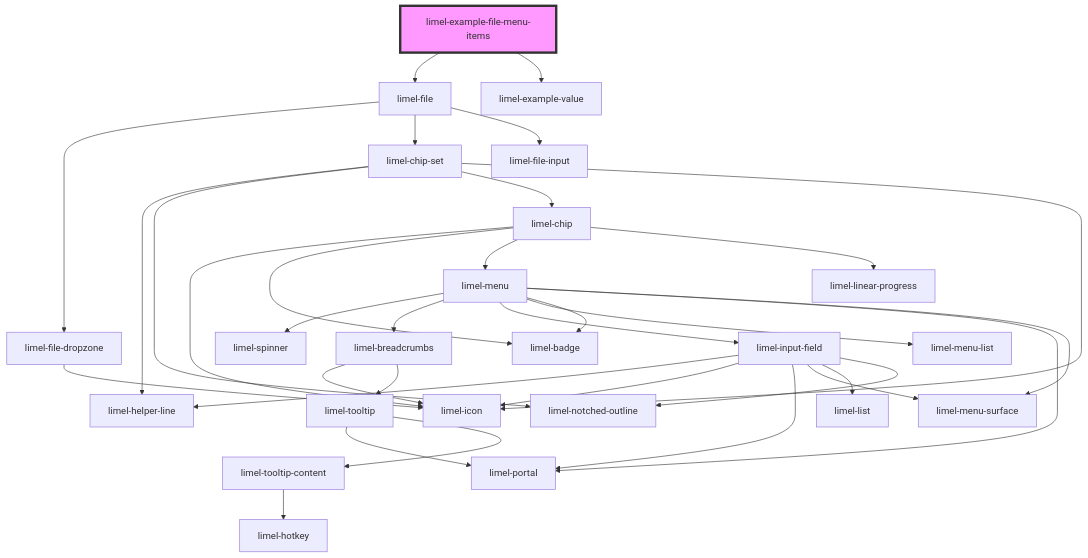
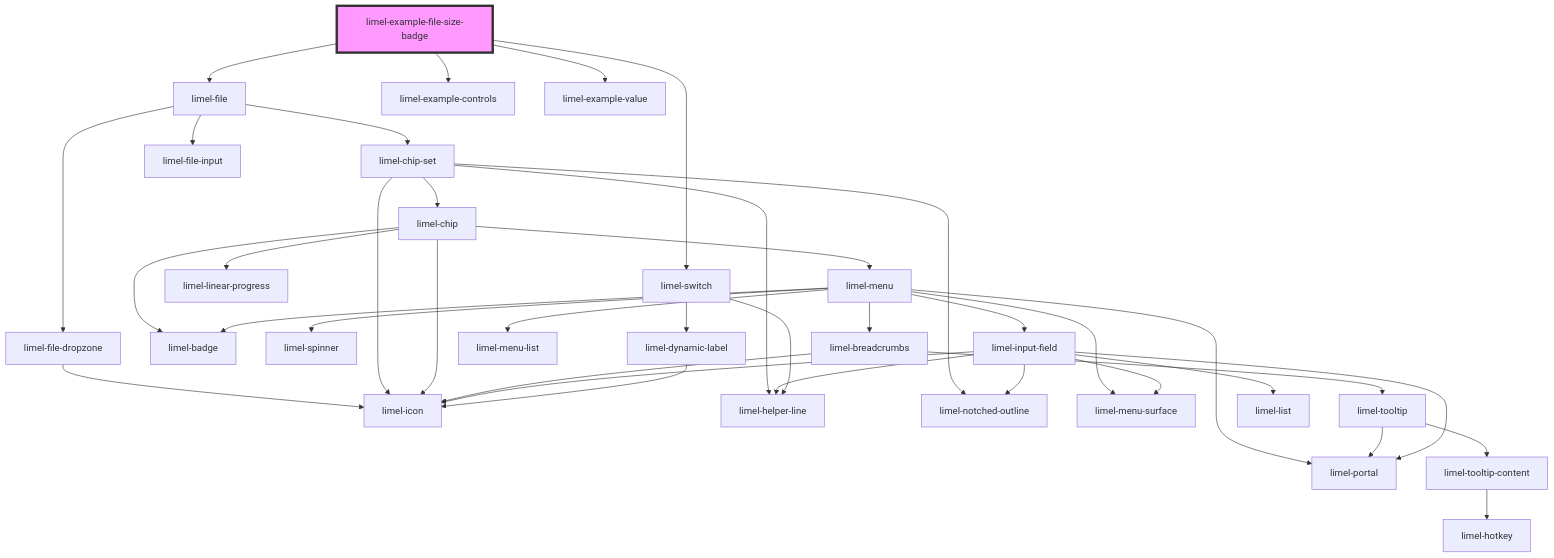
The diagram in versions/PR-4147/markdown-docs/components/file/examples/readme.md (Lundalogik/lime-elements), drawn with Mermaid before and after one commit. The commit also changed other lines of this file and 350 other files, not shown here.

````diff
--- a/versions/PR-4147/markdown-docs/components/file/examples/readme.md
+++ b/versions/PR-4147/markdown-docs/components/file/examples/readme.md
@@ -19,36 +26,41 @@
 ```mermaid
 graph TD;
-  limel-example-file-menu-items --> limel-file
-  limel-example-file-menu-items --> limel-example-value
+  limel-example-file-size-badge --> limel-file
+  limel-example-file-size-badge --> limel-example-controls
+  limel-example-file-size-badge --> limel-switch
+  limel-example-file-size-badge --> limel-example-value
   limel-file --> limel-file-dropzone
   limel-file --> limel-chip-set
   limel-file --> limel-file-input
   limel-file-dropzone --> limel-icon
   limel-chip-set --> limel-helper-line
   limel-chip-set --> limel-notched-outline
   limel-chip-set --> limel-chip
   limel-chip-set --> limel-icon
   limel-chip --> limel-icon
   limel-chip --> limel-badge
   limel-chip --> limel-menu
   limel-chip --> limel-linear-progress
   limel-menu --> limel-spinner
   limel-menu --> limel-breadcrumbs
   limel-menu --> limel-input-field
   limel-menu --> limel-menu-list
   limel-menu --> limel-badge
   limel-menu --> limel-portal
   limel-menu --> limel-menu-surface
   limel-breadcrumbs --> limel-icon
   limel-breadcrumbs --> limel-tooltip
   limel-tooltip --> limel-portal
   limel-tooltip --> limel-tooltip-content
   limel-tooltip-content --> limel-hotkey
   limel-input-field --> limel-helper-line
   limel-input-field --> limel-icon
   limel-input-field --> limel-portal
   limel-input-field --> limel-menu-surface
   limel-input-field --> limel-list
   limel-input-field --> limel-notched-outline
-  style limel-example-file-menu-items fill:#f9f,stroke:#333,stroke-width:4px
+  limel-switch --> limel-dynamic-label
+  limel-switch --> limel-helper-line
+  limel-dynamic-label --> limel-icon
+  style limel-example-file-size-badge fill:#f9f,stroke:#333,stroke-width:4px
 ```
````
